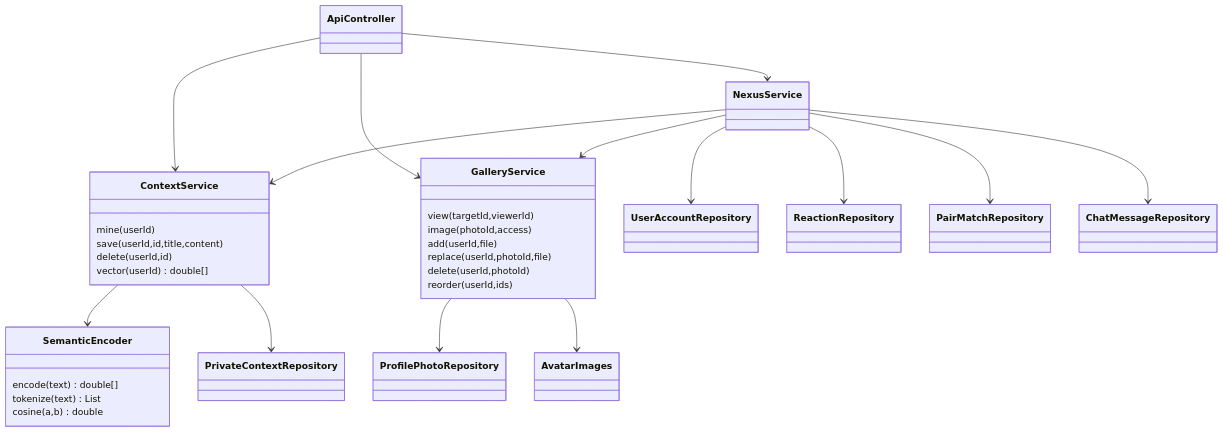
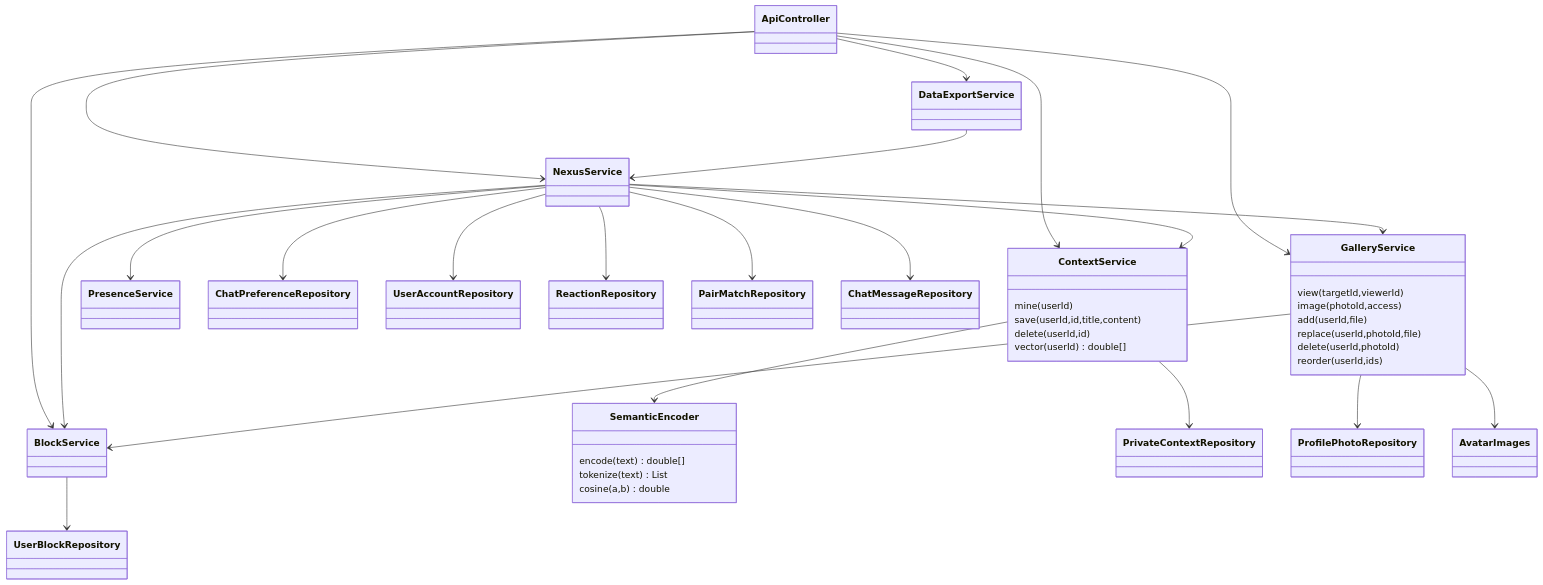
The diagram in diagrams/UML.md (SMART-DATING/nexus-docs), drawn with Mermaid before and after one commit. The commit also changed 13 other files, not shown here.

````diff
--- a/diagrams/UML.md
+++ b/diagrams/UML.md
@@ -3,35 +3,43 @@
 ```mermaid
 classDiagram
  ApiController --> NexusService
  ApiController --> ContextService
  ApiController --> GalleryService
+ ApiController --> BlockService
+ ApiController --> DataExportService
  NexusService --> ContextService
  NexusService --> GalleryService
+ NexusService --> BlockService
+ NexusService --> PresenceService
+ NexusService --> ChatPreferenceRepository
+ BlockService --> UserBlockRepository
+ GalleryService --> BlockService
+ DataExportService --> NexusService
  ContextService --> SemanticEncoder
  ContextService --> PrivateContextRepository
  GalleryService --> ProfilePhotoRepository
  GalleryService --> AvatarImages
  NexusService --> UserAccountRepository
  NexusService --> ReactionRepository
  NexusService --> PairMatchRepository
  NexusService --> ChatMessageRepository
  class SemanticEncoder {
   encode(text) double[]
   tokenize(text) List
   cosine(a,b) double
  }
  class ContextService {
   mine(userId)
   save(userId,id,title,content)
   delete(userId,id)
   vector(userId) double[]
  }
  class GalleryService {
   view(targetId,viewerId)
   image(photoId,access)
   add(userId,file)
   replace(userId,photoId,file)
   delete(userId,photoId)
   reorder(userId,ids)
  }
 ```
````
